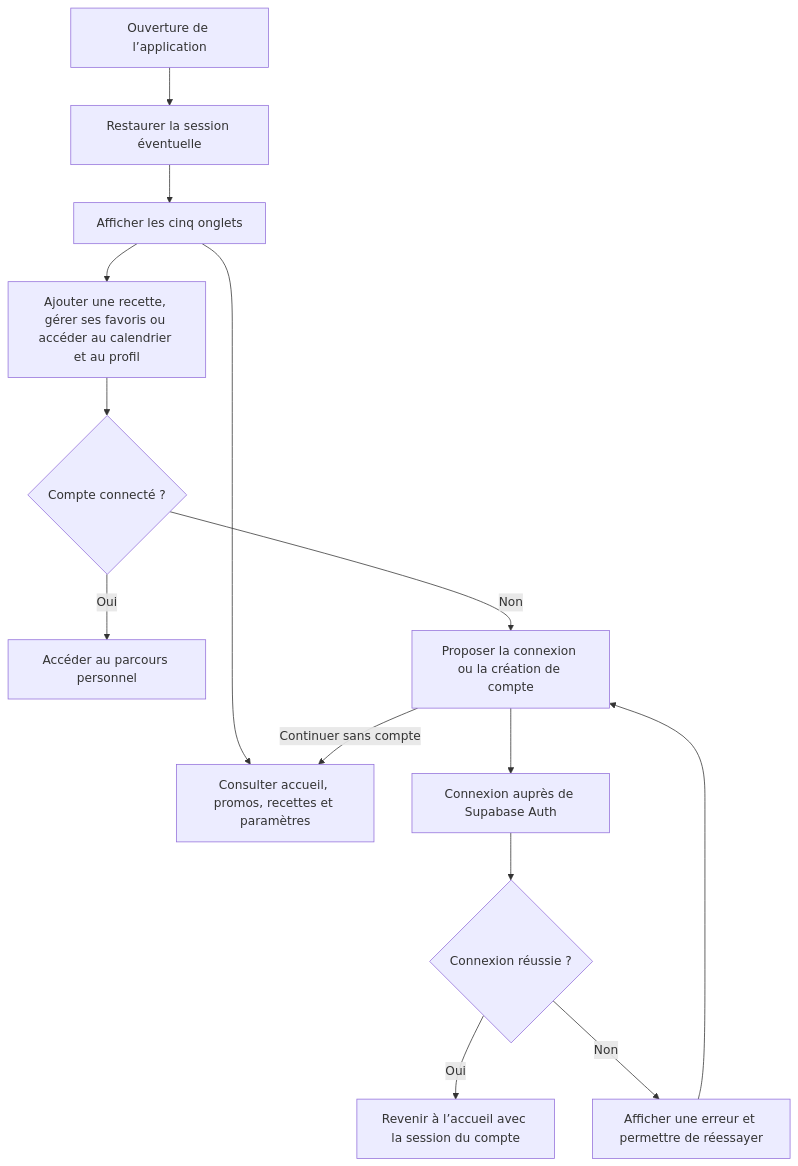
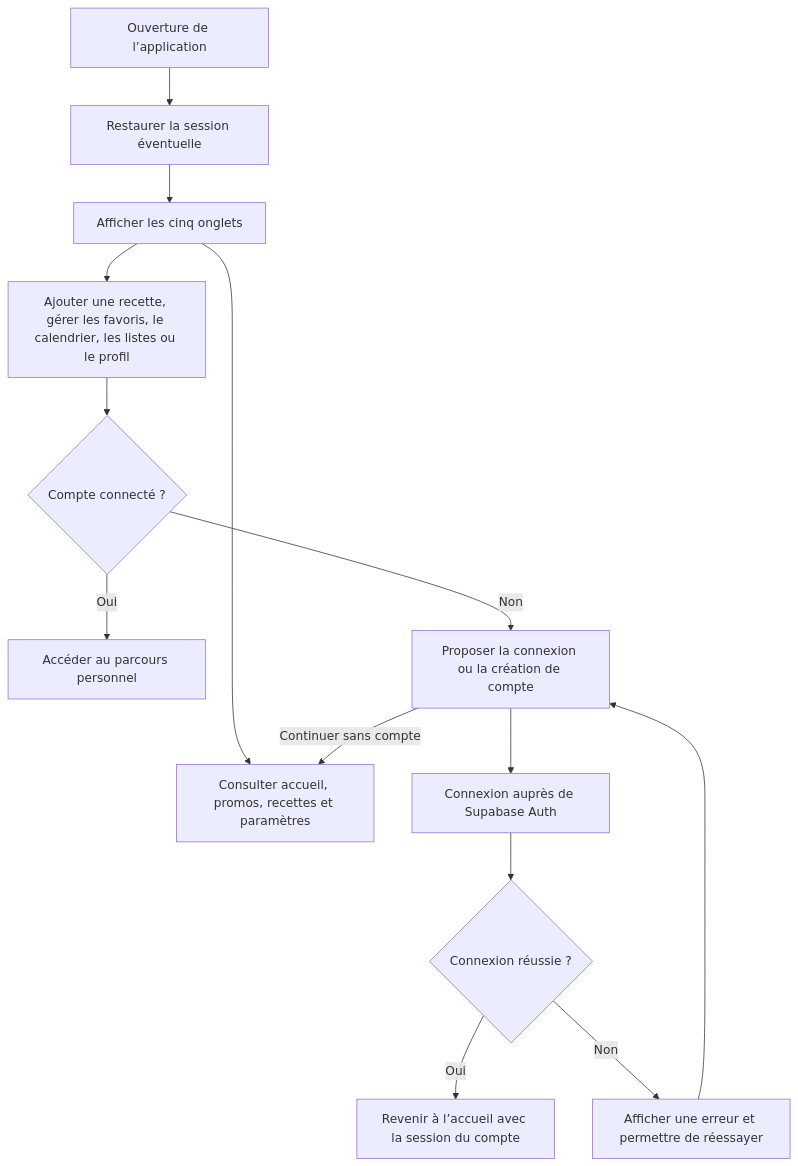
The third of 27 diagrams in README-fonctionnement.md (EnzoT454/OptiMeal), drawn with Mermaid before and after one commit. The commit also changed other lines of this file and 80 other files, not shown here.

Commit message:
corrections dans onglet listes et vue épicerie - calendrier

````diff
--- a/README-fonctionnement.md
+++ b/README-fonctionnement.md
@@ -122,16 +91,16 @@
 ```mermaid
 flowchart TD
     A[Ouverture de l’application] --> B[Restaurer la session éventuelle]
     B --> T[Afficher les cinq onglets]
     T --> P[Consulter accueil, promos, recettes et paramètres]
-    T --> C[Ajouter une recette, gérer ses favoris ou accéder au calendrier et au profil]
+    T --> C[Ajouter une recette, gérer les favoris, le calendrier, les listes ou le profil]
     C --> Q{Compte connecté ?}
     Q -->|Oui| R[Accéder au parcours personnel]
     Q -->|Non| L[Proposer la connexion ou la création de compte]
     L --> S[Connexion auprès de Supabase Auth]
     L -->|Continuer sans compte| P
     S --> V{Connexion réussie ?}
     V -->|Oui| H[Revenir à l’accueil avec la session du compte]
     V -->|Non| E[Afficher une erreur et permettre de réessayer]
     E --> L
 ```
````
